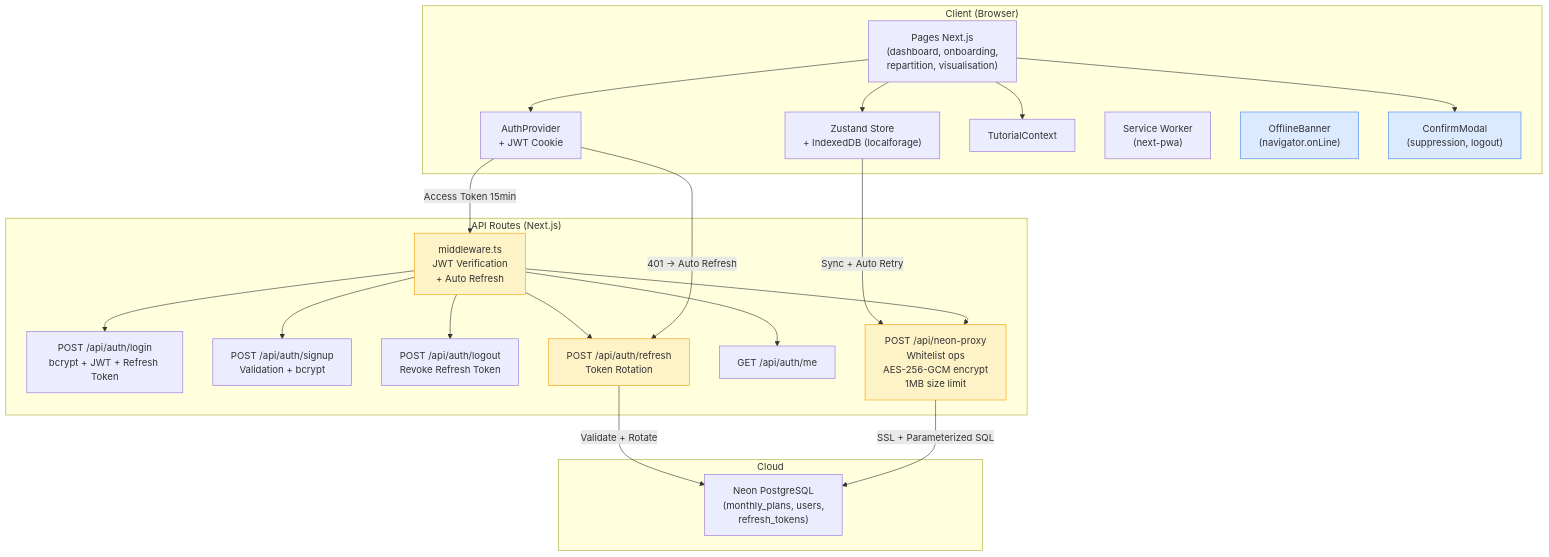
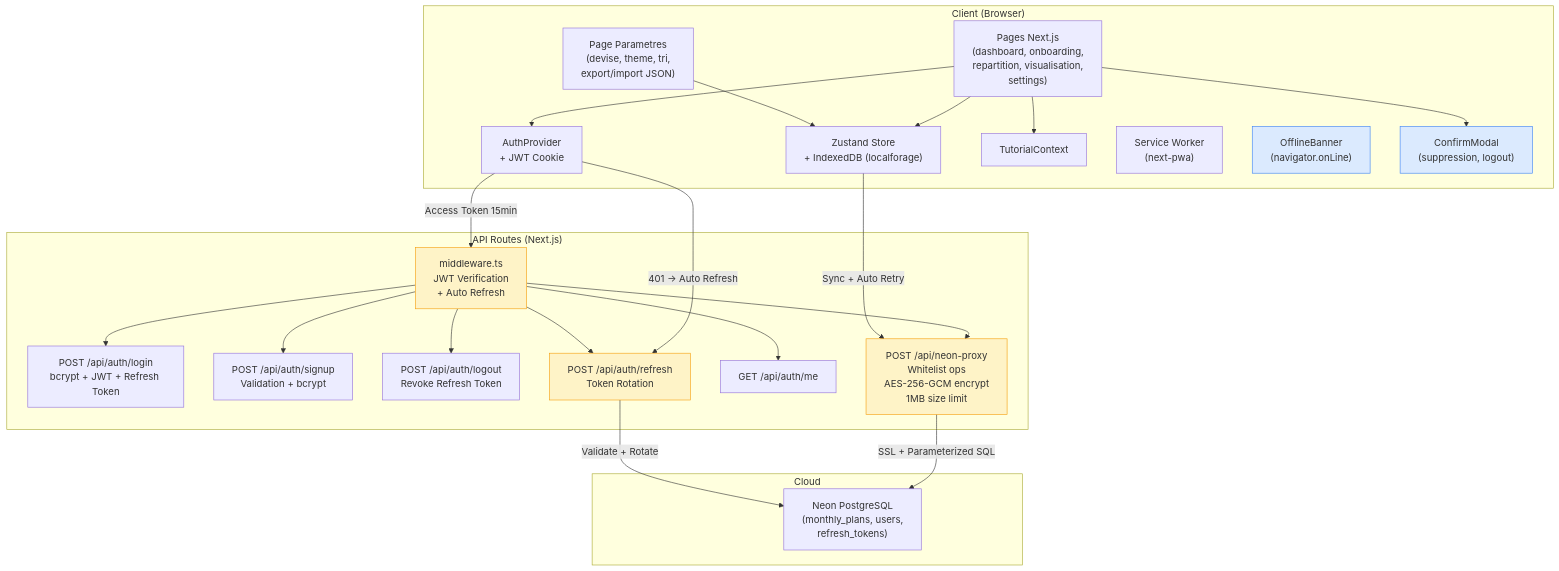
Before and after one commit to Lag01/Moneto-v2: the diagram in README.md, drawn with Mermaid. The commit also changed 10 other files, not shown here.

First line of the commit message:
feat: Ajout page Paramètres centralisée avec export/import et préférences

````diff
--- a/README.md
+++ b/README.md
@@ -300,47 +300,49 @@
 ```mermaid
 graph TB
     subgraph Client["Client (Browser)"]
-        UI["Pages Next.js<br/>(dashboard, onboarding,<br/>repartition, visualisation)"]
+        UI["Pages Next.js<br/>(dashboard, onboarding,<br/>repartition, visualisation,<br/>settings)"]
         Store["Zustand Store<br/>+ IndexedDB (localforage)"]
+        Settings["Page Parametres<br/>(devise, theme, tri,<br/>export/import JSON)"]
         Auth["AuthProvider<br/>+ JWT Cookie"]
         Tutorial["TutorialContext"]
         PWA["Service Worker<br/>(next-pwa)"]
         Offline["OfflineBanner<br/>(navigator.onLine)"]
         Confirm["ConfirmModal<br/>(suppression, logout)"]
     end
 
     subgraph Server["API Routes (Next.js)"]
         Middleware["middleware.ts<br/>JWT Verification<br/>+ Auto Refresh"]
         LoginAPI["POST /api/auth/login<br/>bcrypt + JWT + Refresh Token"]
         SignupAPI["POST /api/auth/signup<br/>Validation + bcrypt"]
         LogoutAPI["POST /api/auth/logout<br/>Revoke Refresh Token"]
         RefreshAPI["POST /api/auth/refresh<br/>Token Rotation"]
         MeAPI["GET /api/auth/me"]
         NeonProxy["POST /api/neon-proxy<br/>Whitelist ops<br/>AES-256-GCM encrypt<br/>1MB size limit"]
     end
 
     subgraph Cloud["Cloud"]
         Neon["Neon PostgreSQL<br/>(monthly_plans, users,<br/>refresh_tokens)"]
     end
 
     UI --> Store
     UI --> Auth
     UI --> Tutorial
     UI --> Confirm
+    Settings --> Store
     Auth -->|Access Token 15min| Middleware
     Auth -->|401 → Auto Refresh| RefreshAPI
     Middleware --> LoginAPI
     Middleware --> SignupAPI
     Middleware --> LogoutAPI
     Middleware --> RefreshAPI
     Middleware --> MeAPI
     Middleware --> NeonProxy
     NeonProxy -->|SSL + Parameterized SQL| Neon
     RefreshAPI -->|Validate + Rotate| Neon
     Store -->|Sync + Auto Retry| NeonProxy
 
     classDef security fill:#fef3c7,stroke:#f59e0b
     classDef ux fill:#dbeafe,stroke:#3b82f6
     class Middleware,NeonProxy,RefreshAPI security
     class Offline,Confirm ux
 ```
````
